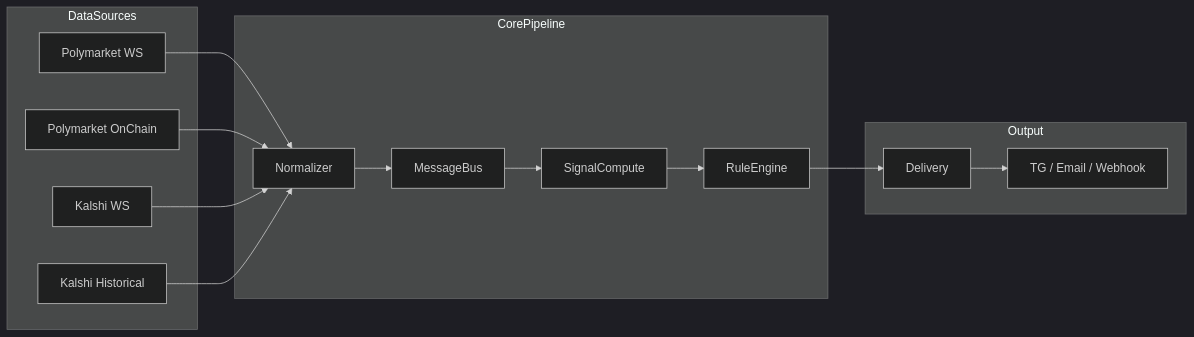
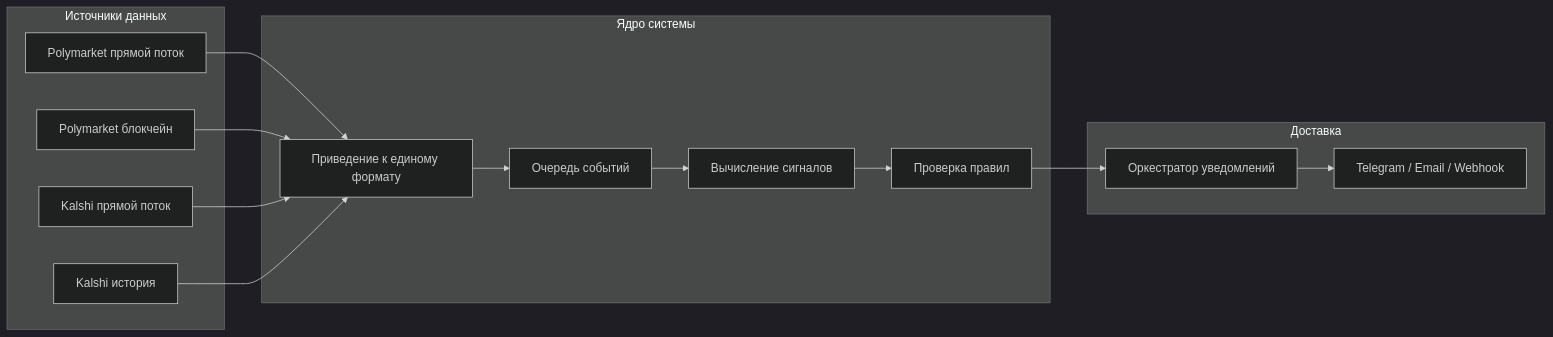
One commit to MarchenkoRuslan/alarm_system changed the first of 7 diagrams in docs/architecture/architecture-deck.md. Above: the diagram before and after it, drawn with Mermaid (dark theme). The commit also changed other lines of this file, not shown here.

Commit message:
Translate architecture documentation to Russian and update terminology for clarity and consistency.

````diff
--- a/docs/architecture/architecture-deck.md
+++ b/docs/architecture/architecture-deck.md
@@ -42,31 +43,31 @@
 ```mermaid
 flowchart LR
-  subgraph sources [DataSources]
-    PolyWS[Polymarket WS]
-    PolyChain[Polymarket OnChain]
-    KalshiWS[Kalshi WS]
-    KalshiHist[Kalshi Historical]
+  subgraph sources [Источники данных]
+    PolyWS[Polymarket прямой поток]
+    PolyChain[Polymarket блокчейн]
+    KalshiWS[Kalshi прямой поток]
+    KalshiHist[Kalshi история]
   end
 
-  subgraph core [CorePipeline]
-    Norm[Normalizer]
-    Kafka[MessageBus]
-    Signal[SignalCompute]
-    Rules[RuleEngine]
+  subgraph core [Ядро системы]
+    Norm[Приведение к единому формату]
+    Kafka[Очередь событий]
+    Signal[Вычисление сигналов]
+    Rules[Проверка правил]
   end
 
-  subgraph out [Output]
-    Notify[Delivery]
-    Channels[TG / Email / Webhook]
+  subgraph out [Доставка]
+    Notify[Оркестратор уведомлений]
+    Channels[Telegram / Email / Webhook]
   end
 
   PolyWS --> Norm
   PolyChain --> Norm
   KalshiWS --> Norm
   KalshiHist --> Norm
   Norm --> Kafka
   Kafka --> Signal
   Signal --> Rules
   Rules --> Notify
   Notify --> Channels
 ```
````
